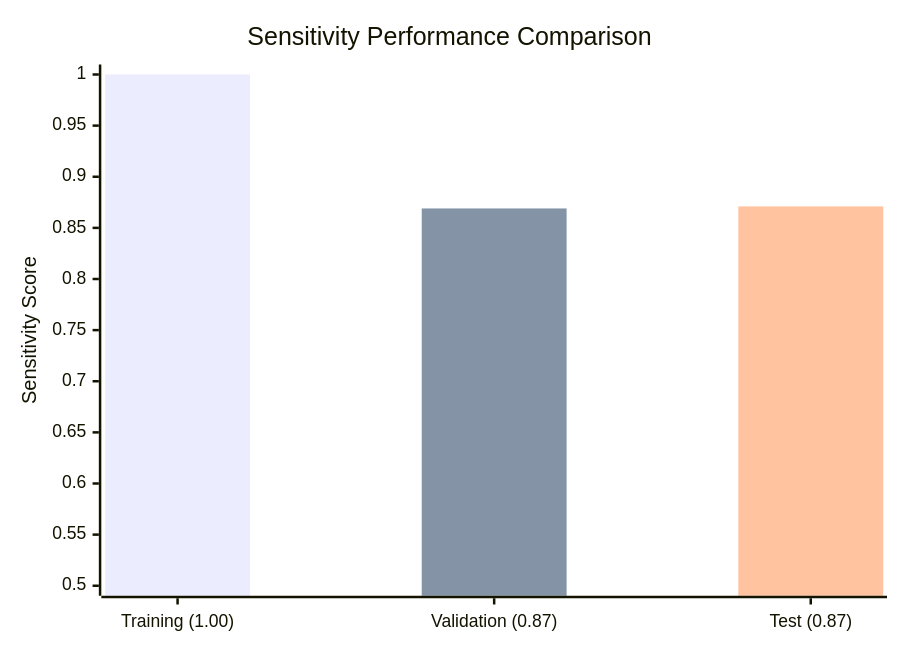
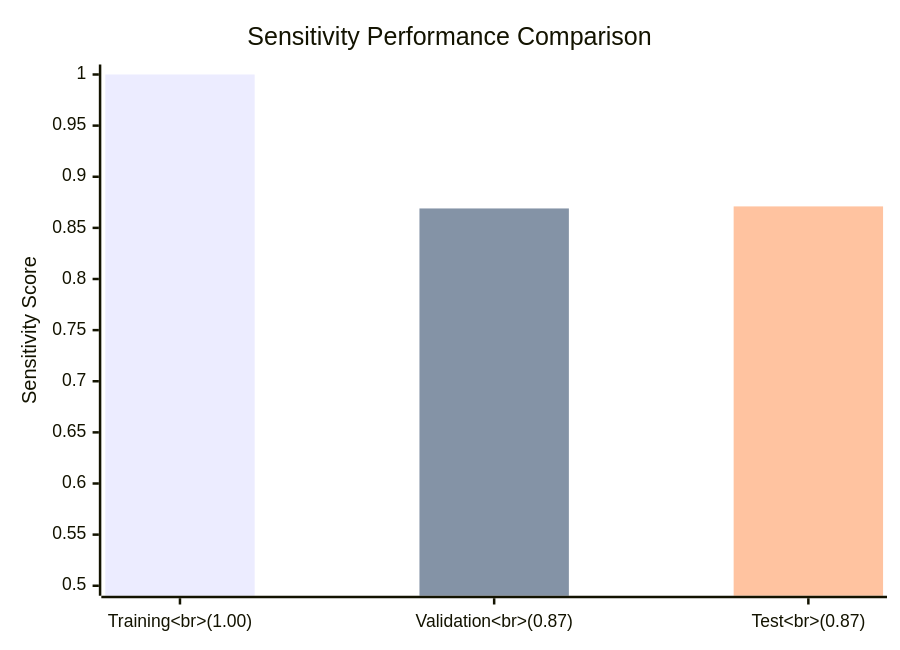
Before and after one commit to Daniel-Lachner-Piza/EEG_Characterizer_HFO: the fourth of 5 diagrams in README.md, drawn with Mermaid. The commit also changed other lines of this file, not shown here.

````diff
--- a/README.md
+++ b/README.md
@@ -75,9 +75,9 @@
 ```mermaid
 xychart-beta
     title "Sensitivity Performance Comparison"
-    x-axis ["Training (1.00)", "Validation (0.87)", "Test (0.87)"]
+    x-axis ["Training<br>(1.00)", "Validation<br>(0.87)", "Test<br>(0.87)"]
     y-axis "Sensitivity Score" 0.5 --> 1.0
     bar "Training (1.00)" [1.000, 0, 0]
     bar "Validation (0.87)" [0, 0.869, 0]
     bar "Test (0.87)" [0, 0, 0.871]
 ```
````
